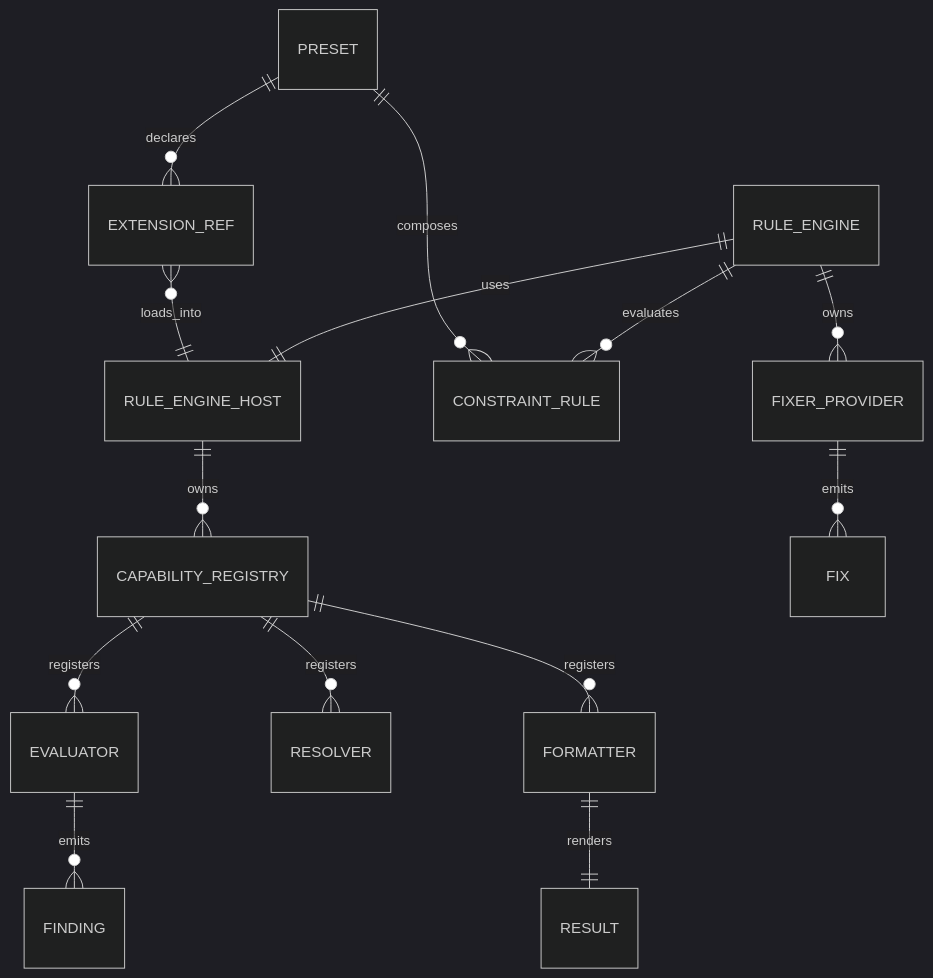
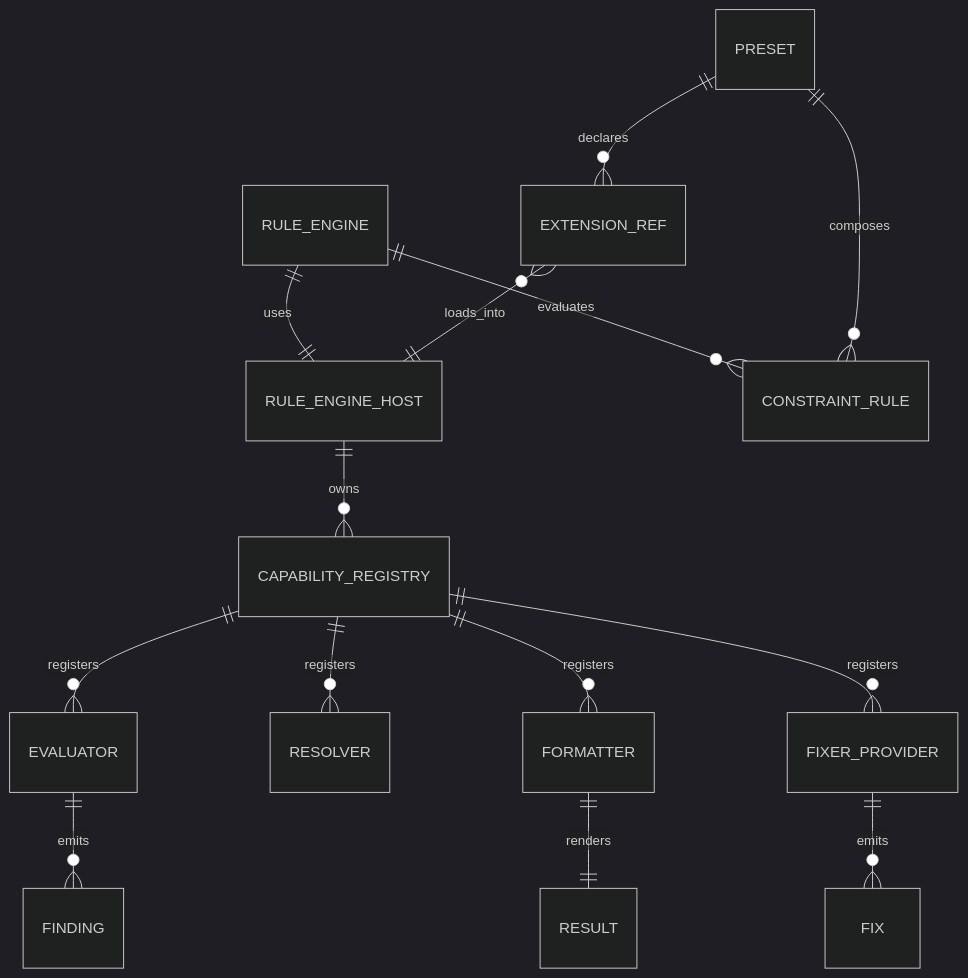
One commit to gobing-ai/ts-libs changed the first of 3 diagrams in packages/rule-engine/README.md. Above: the diagram before and after it, drawn with Mermaid (dark theme). The commit also changed other lines of this file, not shown here.

Commit message:
fix(rule-engine): move fixer providers onto the host registru 4th CapabilityRegistry and wire fixer extensions

````diff
--- a/packages/rule-engine/README.md
+++ b/packages/rule-engine/README.md
@@ -15,16 +15,16 @@
 ```mermaid
 erDiagram
     RULE_ENGINE ||--|| RULE_ENGINE_HOST : uses
     RULE_ENGINE_HOST ||--o{ CAPABILITY_REGISTRY : owns
     CAPABILITY_REGISTRY ||--o{ EVALUATOR : registers
     CAPABILITY_REGISTRY ||--o{ RESOLVER : registers
     CAPABILITY_REGISTRY ||--o{ FORMATTER : registers
+    CAPABILITY_REGISTRY ||--o{ FIXER_PROVIDER : registers
     RULE_ENGINE ||--o{ CONSTRAINT_RULE : evaluates
-    RULE_ENGINE ||--o{ FIXER_PROVIDER : owns
     PRESET ||--o{ CONSTRAINT_RULE : composes
     PRESET ||--o{ EXTENSION_REF : declares
     EXTENSION_REF }o--|| RULE_ENGINE_HOST : loads_into
     EVALUATOR ||--o{ FINDING : emits
     FIXER_PROVIDER ||--o{ FIX : emits
     FORMATTER ||--|| RESULT : renders
 ```
````
